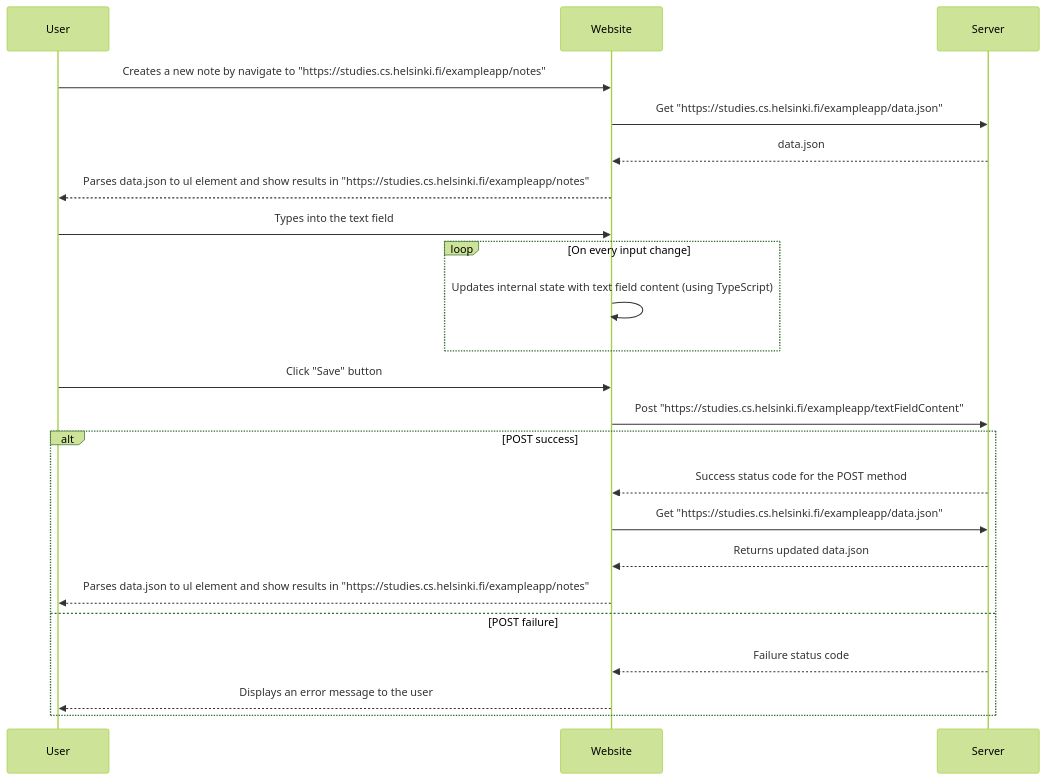
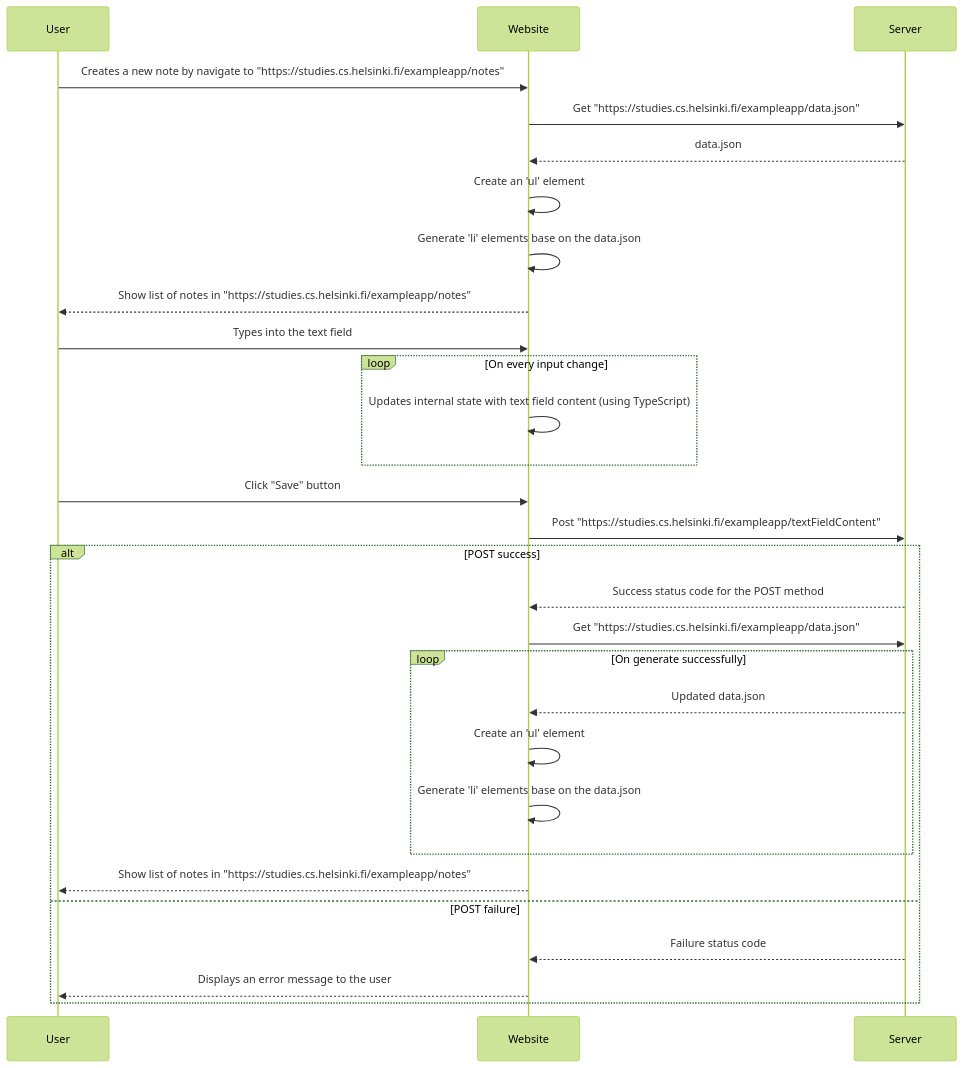
The diagram in Part0/sequence-diagram-0.4.md (HuynhThiTrucLam/Full_Stack_Open), drawn with Mermaid (forest theme) before and after one commit. The commit also changed 1 other file, not shown here.

Commit message:
Add sequence diagram for SPA note creation flow

````diff
--- a/Part0/sequence-diagram-0.4.md
+++ b/Part0/sequence-diagram-0.4.md
@@ -1,26 +1,32 @@
 ```mermaid
 sequenceDiagram
     participant User
     participant Website
     participant Server
 
     User->>Website: Creates a new note by navigate to "https://studies.cs.helsinki.fi/exampleapp/notes"
     Website->>Server: Get "https://studies.cs.helsinki.fi/exampleapp/data.json"
     Server-->>Website: data.json
-    Website-->>User: Parses data.json to ul element and show results in "https://studies.cs.helsinki.fi/exampleapp/notes"
+    Website->>Website: Create an 'ul' element
+    Website->>Website: Generate 'li' elements base on the data.json
+    Website-->>User: Show list of notes in "https://studies.cs.helsinki.fi/exampleapp/notes"
     User->>Website: Types into the text field
     loop On every input change
         Website->>Website: Updates internal state with text field content (using TypeScript)
     end
     User->>Website: Click "Save" button
     Website->>Server: Post "https://studies.cs.helsinki.fi/exampleapp/textFieldContent"
     alt POST success
         Server-->>Website: Success status code for the POST method
         Website->>Server: Get "https://studies.cs.helsinki.fi/exampleapp/data.json"
-        Server-->>Website: Returns updated data.json
-        Website-->>User: Parses data.json to ul element and show results in "https://studies.cs.helsinki.fi/exampleapp/notes"
+       loop On generate successfully
+             Server-->>Website: Updated data.json
+            Website->>Website: Create an 'ul' element
+            Website->>Website: Generate 'li' elements base on the data.json
+        end
+        Website-->>User: Show list of notes in "https://studies.cs.helsinki.fi/exampleapp/notes"
     else POST failure
         Server-->>Website: Failure status code
         Website-->>User: Displays an error message to the user
     end
 ```
````
